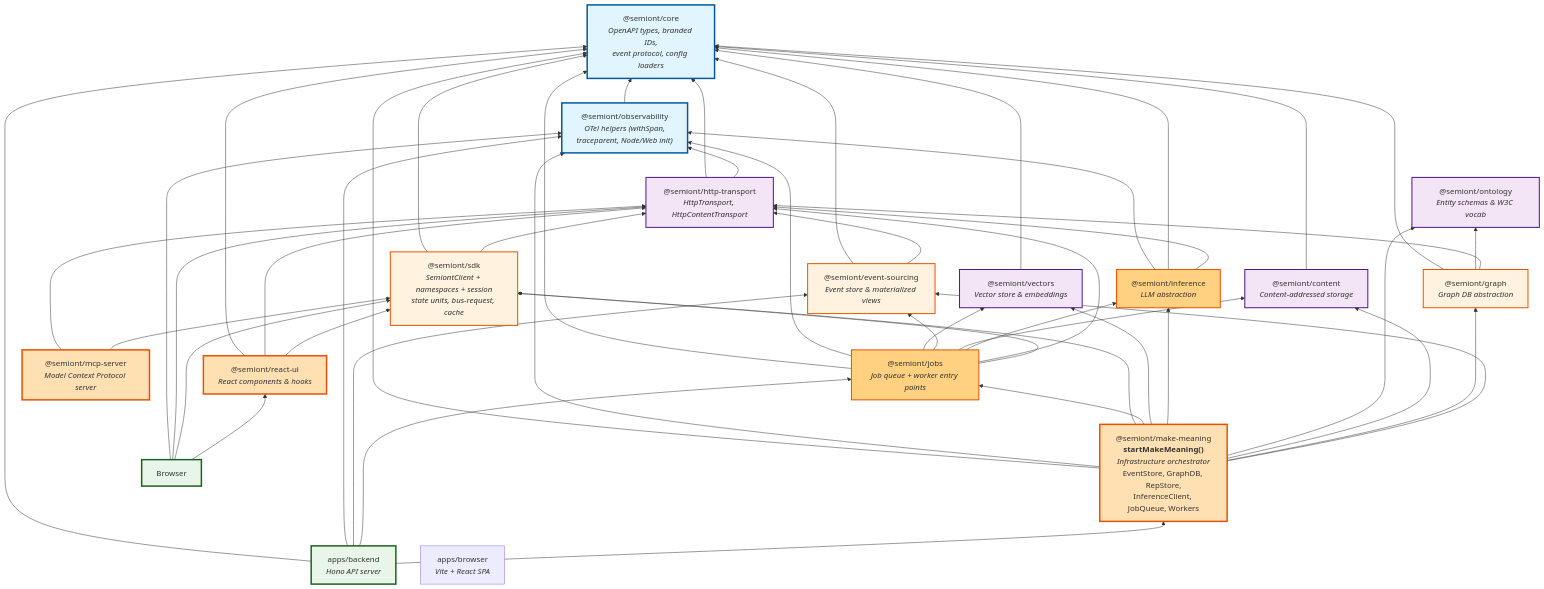
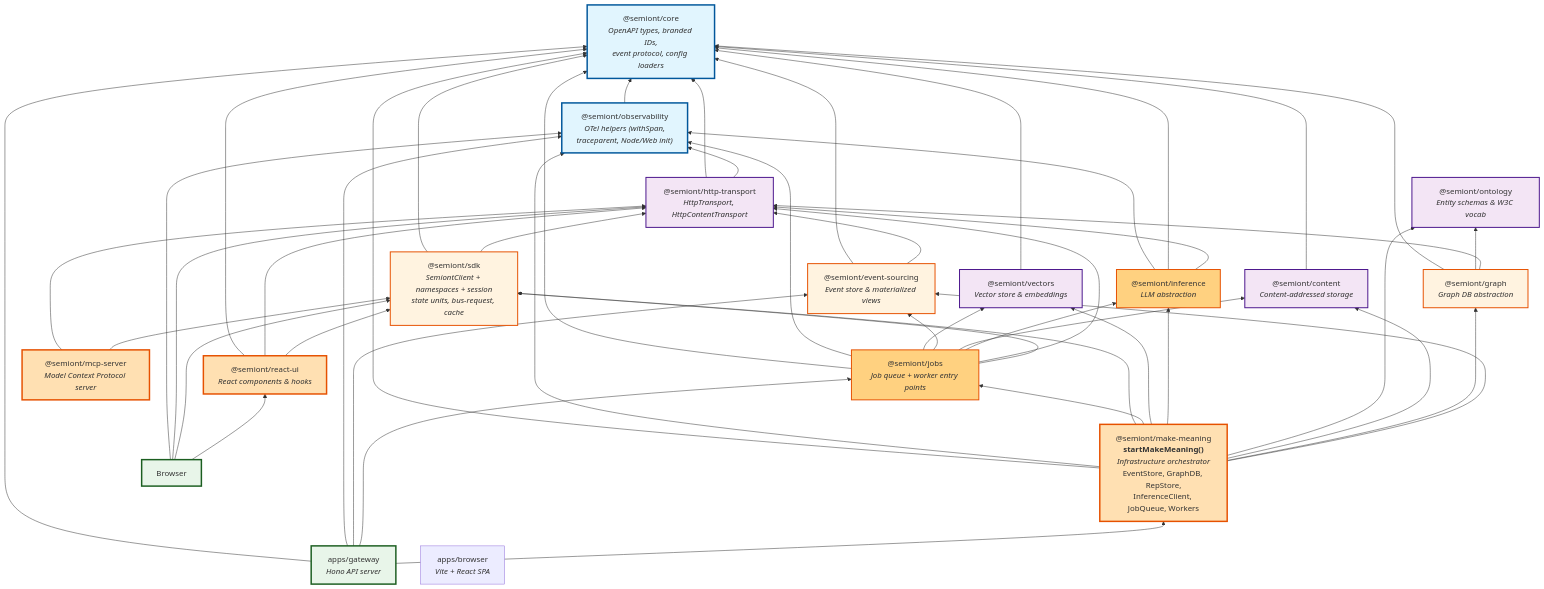
Before and after one commit to The-AI-Alliance/semiont: the diagram in docs/system/PACKAGE-ARCHITECTURE.md, drawn with Mermaid. The commit also changed other lines of this file and 529 other files, not shown here.

First line of the commit message:
backend → gateway: rename every surface, with one compat alias for the fleet's config key (#1257)

````diff
--- a/docs/system/PACKAGE-ARCHITECTURE.md
+++ b/docs/system/PACKAGE-ARCHITECTURE.md
@@ -9,7 +9,7 @@
 ```mermaid
 graph BT
     %% Layer 5: Application Consumers
-    backend["apps/backend<br/><i>Hono API server</i>"]
+    gateway["apps/gateway<br/><i>Hono API server</i>"]
     browser["apps/browser<br/><i>Vite + React SPA</i>"]
 
     %% Layer 4: Application Logic
@@ -37,11 +37,11 @@
     obs["@semiont/observability<br/><i>OTel helpers (withSpan,<br/>traceparent, Node/Web init)</i>"]
 
     %% Application dependencies
-    backend --> meaning
-    backend --> jobs
-    backend --> event
-    backend --> obs
-    backend --> core
+    gateway --> meaning
+    gateway --> jobs
+    gateway --> event
+    gateway --> obs
+    gateway --> core
     Browser --> react
     Browser --> sdk
     Browser --> api
@@ -109,5 +109,5 @@
     class sdk,event,graph_pkg layer2
     class inference,jobs layer3
     class meaning,react,mcp layer4
-    class backend,Browser layer5
+    class gateway,Browser layer5
 ```
````
